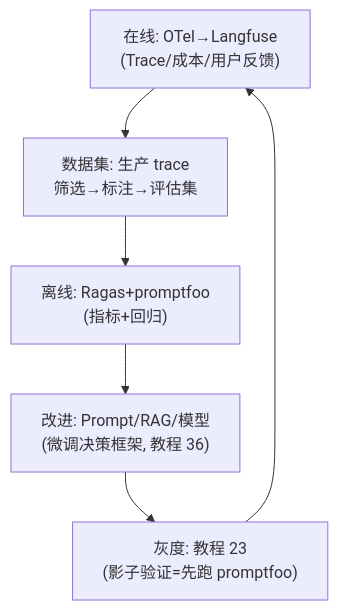
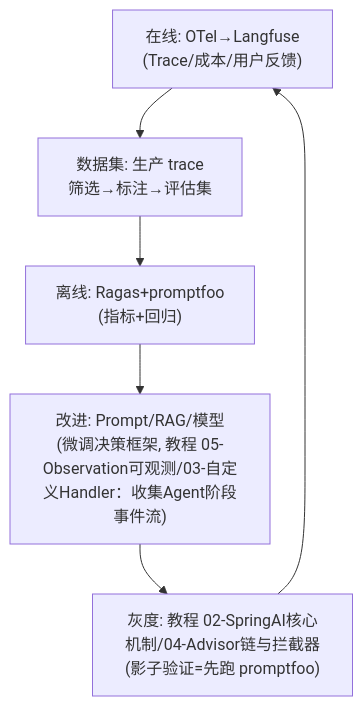
Before and after one commit to UranusGit/java-agent-learn: the second of 2 diagrams in docs/附录/11-评估与可观测生态/00-Langfuse与Ragas集成.md, drawn with Mermaid. The commit also changed other lines of this file and 634 other files, not shown here.

````diff
--- a/docs/附录/11-评估与可观测生态/00-Langfuse与Ragas集成.md
+++ b/docs/附录/11-评估与可观测生态/00-Langfuse与Ragas集成.md
@@ -79,8 +79,8 @@
 ```mermaid
 flowchart TB
     L1["在线: OTel→Langfuse<br/>(Trace/成本/用户反馈)"] --> L2["数据集: 生产 trace<br/>筛选→标注→评估集"]
     L2 --> L3["离线: Ragas+promptfoo<br/>(指标+回归)"]
-    L3 --> L4["改进: Prompt/RAG/模型<br/>(微调决策框架, 教程 36)"]
-    L4 --> L5["灰度: 教程 23<br/>(影子验证=先跑 promptfoo)"]
+    L3 --> L4["改进: Prompt/RAG/模型<br/>(微调决策框架, 教程 05-Observation可观测/03-自定义Handler：收集Agent阶段事件流)"]
+    L4 --> L5["灰度: 教程 02-SpringAI核心机制/04-Advisor链与拦截器<br/>(影子验证=先跑 promptfoo)"]
     L5 --> L1
 ```
````
